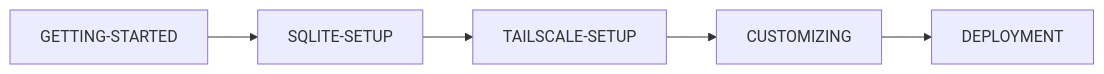
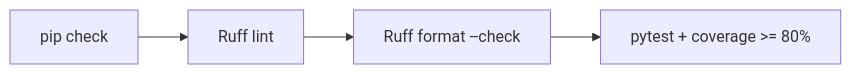
One commit to k-systems202208/python-sqlite-tailscale-webapp-template changed the fourth of 8 diagrams in README.md. Above: the diagram before and after it, drawn with Mermaid. The commit also changed other lines of this file and 42 other files, not shown here.

````diff
--- a/README.md
+++ b/README.md
@@ -186,7 +208,6 @@
 ```mermaid
 flowchart LR
-    A["GETTING-STARTED"] --> B["SQLITE-SETUP"]
-    B --> C["TAILSCALE-SETUP"]
-    C --> D["CUSTOMIZING"]
-    D --> E["DEPLOYMENT"]
+    A["pip check"] --> B["Ruff lint"]
+    B --> C["Ruff format --check"]
+    C --> D["pytest + coverage >= 80%"]
 ```
````
